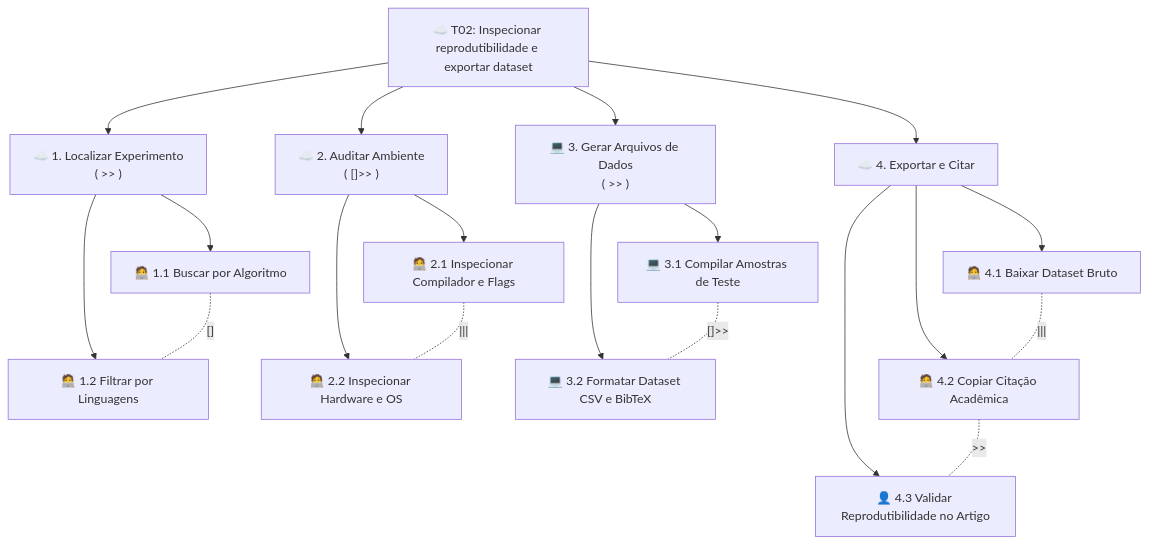
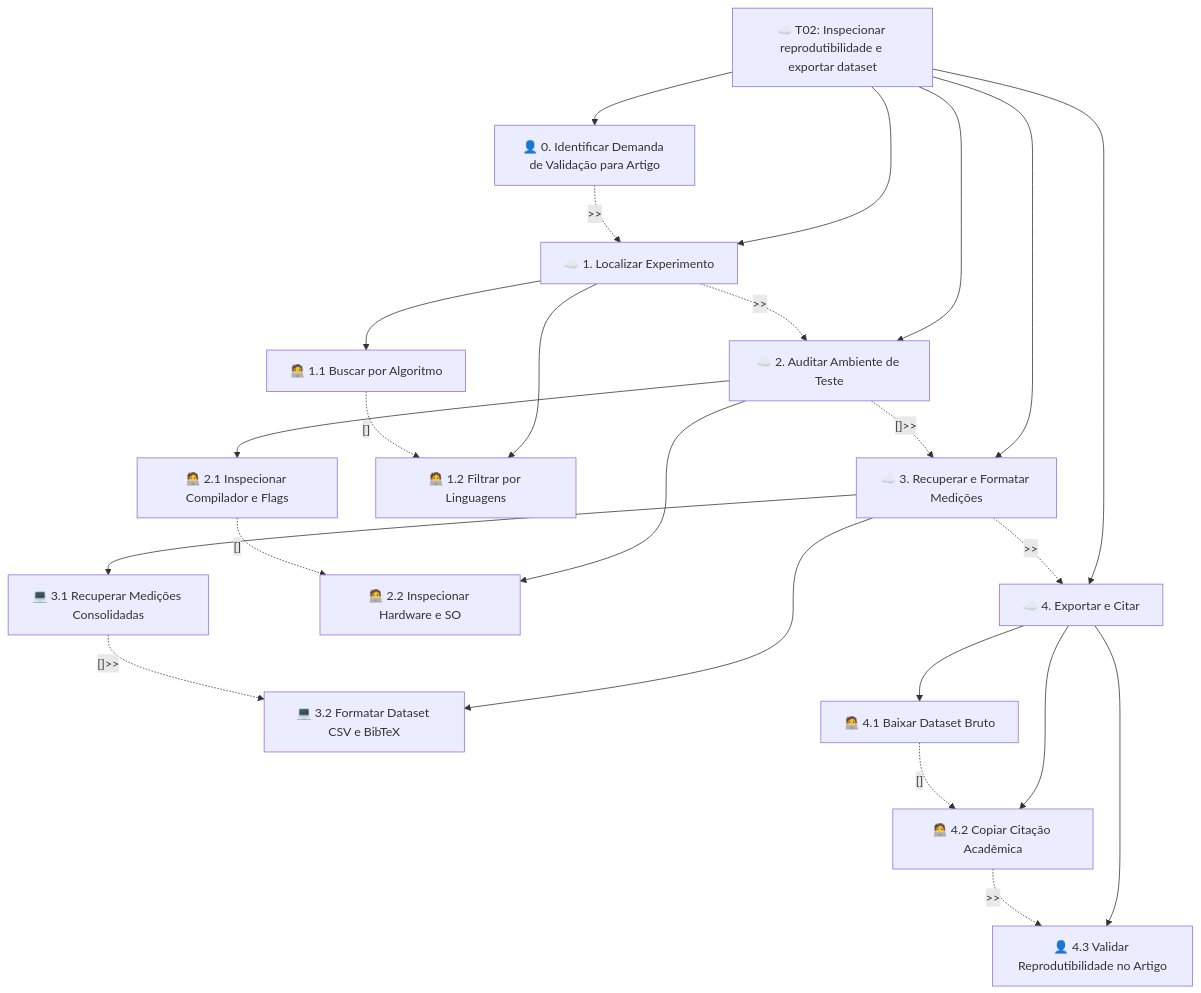
Before and after one commit to augustotx/ihc2026: the fourth of 4 diagrams in docs/05_analise_tarefas.md, drawn with Mermaid. The commit also changed other lines of this file, not shown here.

````diff
--- a/docs/05_analise_tarefas.md
+++ b/docs/05_analise_tarefas.md
@@ -388,45 +373,48 @@
 ```mermaid
 graph TD
     T0["☁️ T02: Inspecionar reprodutibilidade e exportar dataset"]
-
-    T1["☁️ 1. Localizar Experimento<br />( >> )"]
-    T2["☁️ 2. Auditar Ambiente<br />( []>> )"]
-    T3["💻 3. Gerar Arquivos de Dados<br />( >> )"]
+    T_EXT["👤 0. Identificar Demanda de Validação para Artigo"]
+    T1["☁️ 1. Localizar Experimento"]
+    T2["☁️ 2. Auditar Ambiente de Teste"]
+    T3["☁️ 3. Recuperar e Formatar Medições"]
     T4["☁️ 4. Exportar e Citar"]
 
     T1_1["🧑‍💻 1.1 Buscar por Algoritmo"]
     T1_2["🧑‍💻 1.2 Filtrar por Linguagens"]
-
     T2_1["🧑‍💻 2.1 Inspecionar Compilador e Flags"]
-    T2_2["🧑‍💻 2.2 Inspecionar Hardware e OS"]
-
-    T3_1["💻 3.1 Compilar Amostras de Teste"]
+    T2_2["🧑‍💻 2.2 Inspecionar Hardware e SO"]
+    T3_1["💻 3.1 Recuperar Medições Consolidadas"]
     T3_2["💻 3.2 Formatar Dataset CSV e BibTeX"]
-
     T4_1["🧑‍💻 4.1 Baixar Dataset Bruto"]
     T4_2["🧑‍💻 4.2 Copiar Citação Acadêmica"]
     T4_3["👤 4.3 Validar Reprodutibilidade no Artigo"]
 
+    T0 --> T_EXT
     T0 --> T1
     T0 --> T2
     T0 --> T3
     T0 --> T4
 
+    T_EXT -.->|">>"| T1
+    T1 -.->|">>"| T2
+    T2 -.->|"[]>>"| T3
+    T3 -.->|">>"| T4
+
     T1 --> T1_1
     T1 --> T1_2
-    T1_1 -.-|"[]"| T1_2
+    T1_1 -.->|"[]"| T1_2
 
     T2 --> T2_1
     T2 --> T2_2
-    T2_1 -.-|"|||"| T2_2
+    T2_1 -.->|"[]"| T2_2
 
     T3 --> T3_1
     T3 --> T3_2
-    T3_1 -.-|"[]>>"| T3_2
+    T3_1 -.->|"[]>>"| T3_2
 
     T4 --> T4_1
     T4 --> T4_2
     T4 --> T4_3
-    T4_1 -.-|"|||"| T4_2
-    T4_2 -.-|">>"| T4_3
+    T4_1 -.->|"[]"| T4_2
+    T4_2 -.->|">>"| T4_3
 ```
````
